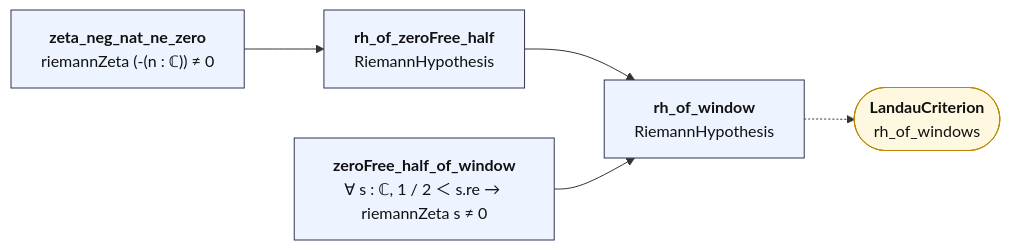
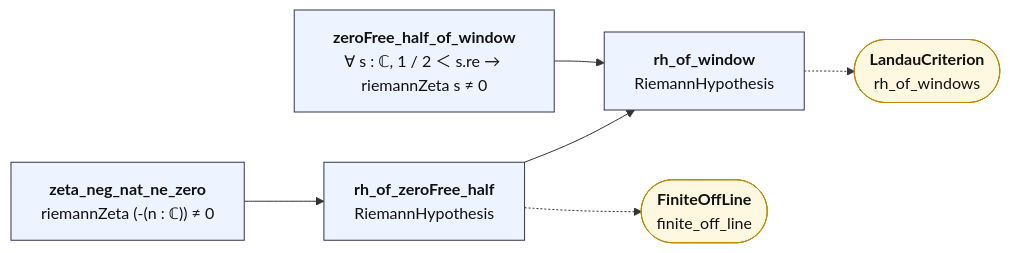
The diagram in map/lean_stage3/LandauWindow.md (juliansambranojr/Primebeat_081426), drawn with Mermaid before and after one commit. The commit also changed other lines of this file and 54 other files, not shown here.

````diff
--- a/map/lean_stage3/LandauWindow.md
+++ b/map/lean_stage3/LandauWindow.md
@@ -12,20 +12,22 @@
 ```mermaid
 flowchart LR
   n0["<b>zeta_neg_nat_ne_zero</b><br/>riemannZeta (-(n : ℂ)) ≠ 0"]:::thm
   n1["<b>rh_of_zeroFree_half</b><br/>RiemannHypothesis"]:::thm
   n2["<b>zeroFree_half_of_window</b><br/>∀ s : ℂ, 1 / 2 ＜ s.re → riemannZeta s ≠ 0"]:::thm
   n3["<b>rh_of_window</b><br/>RiemannHypothesis"]:::thm
-  x0(["<b>LandauCriterion</b><br/>rh_of_windows"]):::ext
+  x0(["<b>FiniteOffLine</b><br/>finite_off_line"]):::ext
+  x1(["<b>LandauCriterion</b><br/>rh_of_windows"]):::ext
   n0 --> n1
   n1 --> n3
   n2 --> n3
-  n3 -.-> x0
+  n1 -.-> x0
+  n3 -.-> x1
   classDef cnt fill:#dff5ec,stroke:#17694a,color:#111
   classDef shp fill:#f1ecfb,stroke:#5b3fa0,color:#111
   classDef rh fill:#ffe5e5,stroke:#c22,color:#111,stroke-width:2px
   classDef thm fill:#eef4ff,stroke:#335,color:#111
   classDef end_ fill:#e7f7e7,stroke:#2a7,color:#111,stroke-width:2px
   classDef lone fill:#fff,stroke:#999,color:#111,stroke-dasharray:4 3
   classDef bad fill:#ffe5e5,stroke:#c22,color:#111,stroke-width:2px
   classDef ext fill:#fff8e1,stroke:#b80,color:#111
 ```
````
